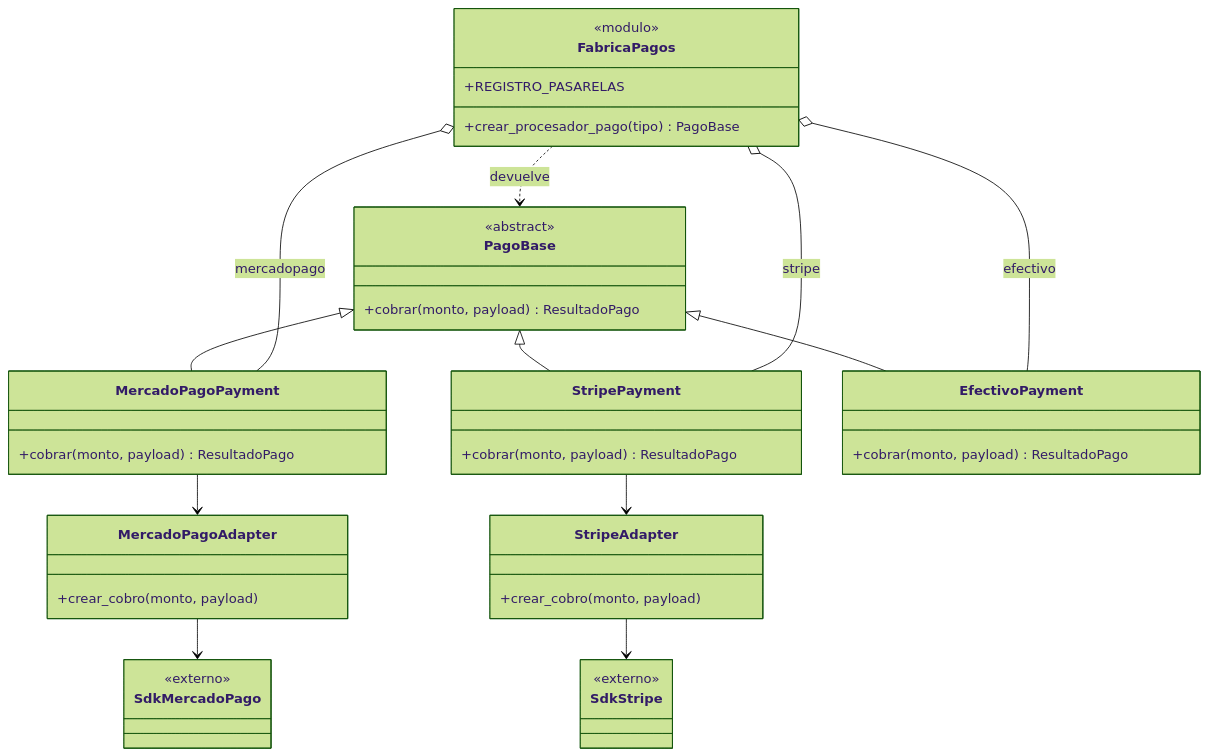
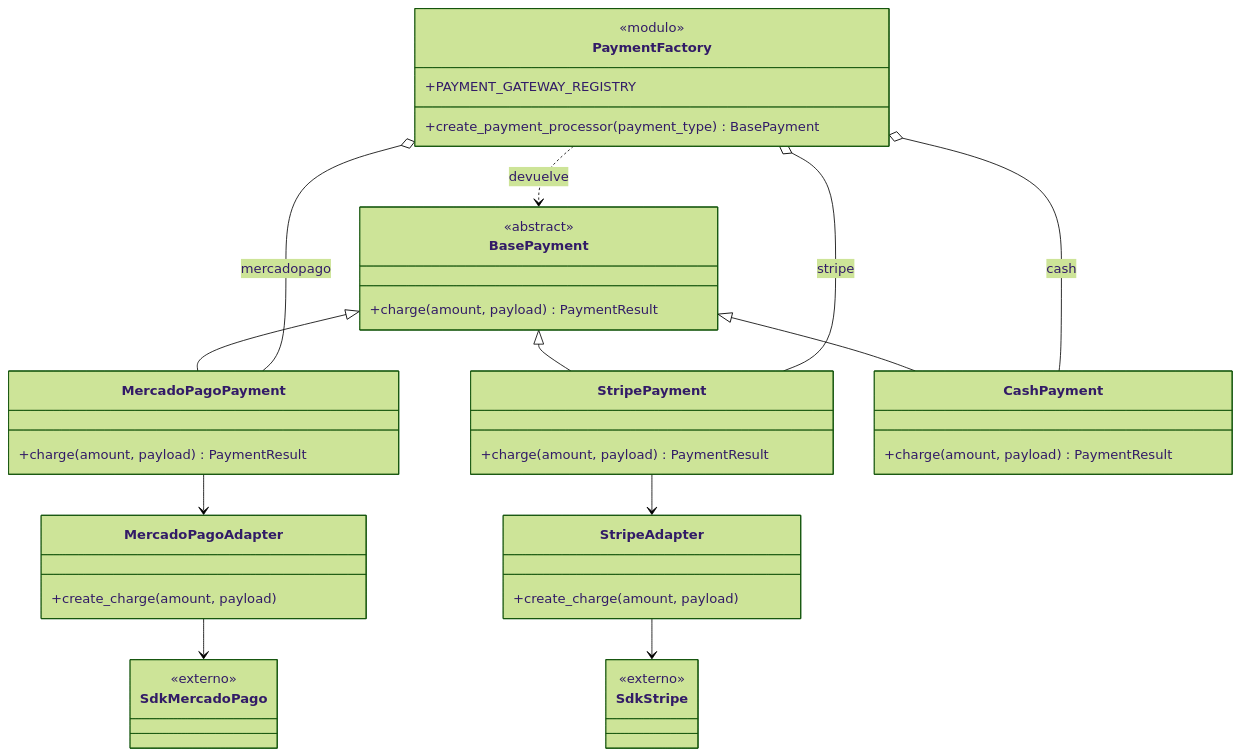
The third of 6 diagrams in docs/proyecto/arquitectura.md (Yordi-JA/pasteleria-ilusion), drawn with Mermaid (forest theme) before and after one commit. The commit also changed other lines of this file and 55 other files, not shown here.

````diff
--- a/docs/proyecto/arquitectura.md
+++ b/docs/proyecto/arquitectura.md
@@ -155,45 +155,45 @@
 ```mermaid
 classDiagram
-    class PagoBase {
+    class BasePayment {
         <<abstract>>
-        +cobrar(monto, payload) ResultadoPago
+        +charge(amount, payload) PaymentResult
     }
     class MercadoPagoPayment {
-        +cobrar(monto, payload) ResultadoPago
+        +charge(amount, payload) PaymentResult
     }
     class StripePayment {
-        +cobrar(monto, payload) ResultadoPago
+        +charge(amount, payload) PaymentResult
     }
-    class EfectivoPayment {
-        +cobrar(monto, payload) ResultadoPago
+    class CashPayment {
+        +charge(amount, payload) PaymentResult
     }
     class MercadoPagoAdapter {
-        +crear_cobro(monto, payload)
+        +create_charge(amount, payload)
     }
     class StripeAdapter {
-        +crear_cobro(monto, payload)
+        +create_charge(amount, payload)
     }
     class SdkMercadoPago {
         <<externo>>
     }
     class SdkStripe {
         <<externo>>
     }
-    class FabricaPagos {
+    class PaymentFactory {
         <<modulo>>
-        +REGISTRO_PASARELAS
-        +crear_procesador_pago(tipo) PagoBase
+        +PAYMENT_GATEWAY_REGISTRY
+        +create_payment_processor(payment_type) BasePayment
     }
 
-    PagoBase <|-- MercadoPagoPayment
-    PagoBase <|-- StripePayment
-    PagoBase <|-- EfectivoPayment
+    BasePayment <|-- MercadoPagoPayment
+    BasePayment <|-- StripePayment
+    BasePayment <|-- CashPayment
     MercadoPagoPayment --> MercadoPagoAdapter
     StripePayment --> StripeAdapter
     MercadoPagoAdapter --> SdkMercadoPago
     StripeAdapter --> SdkStripe
-    FabricaPagos ..> PagoBase : devuelve
-    FabricaPagos o-- MercadoPagoPayment : mercadopago
-    FabricaPagos o-- StripePayment : stripe
-    FabricaPagos o-- EfectivoPayment : efectivo
+    PaymentFactory ..> BasePayment : devuelve
+    PaymentFactory o-- MercadoPagoPayment : mercadopago
+    PaymentFactory o-- StripePayment : stripe
+    PaymentFactory o-- CashPayment : cash
 ```
````
